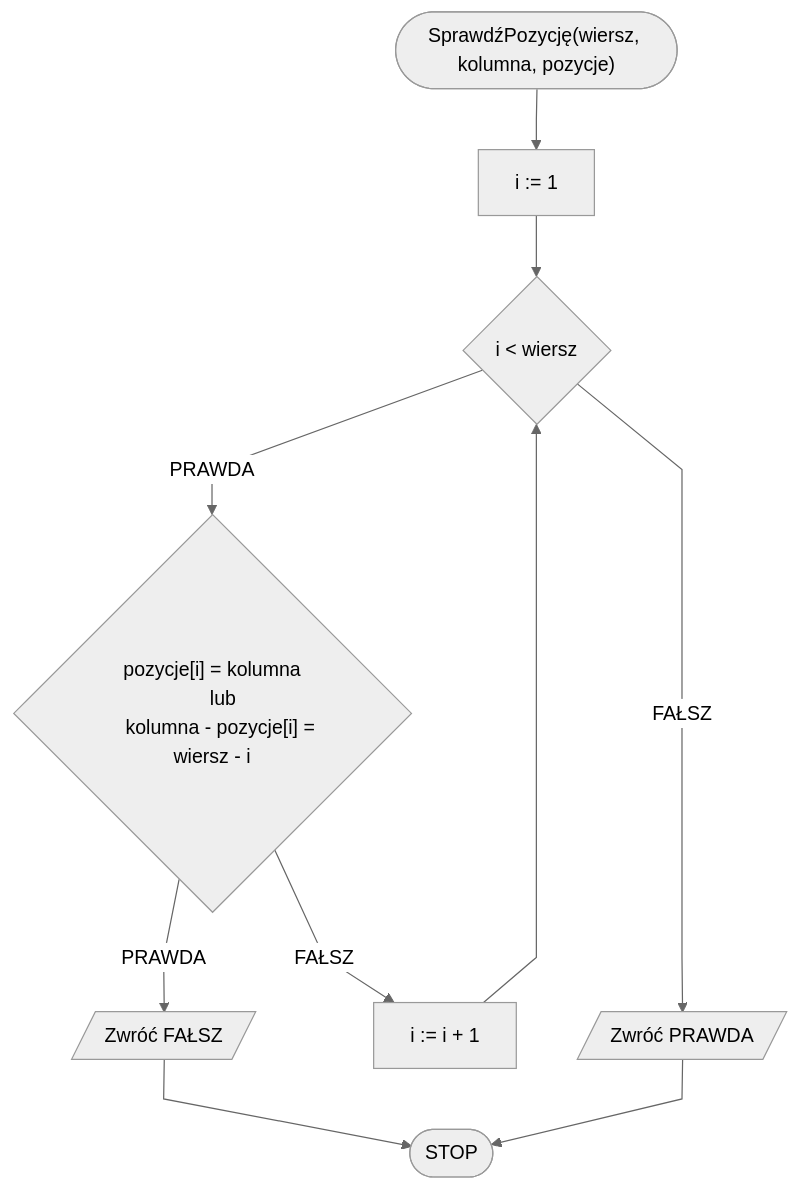
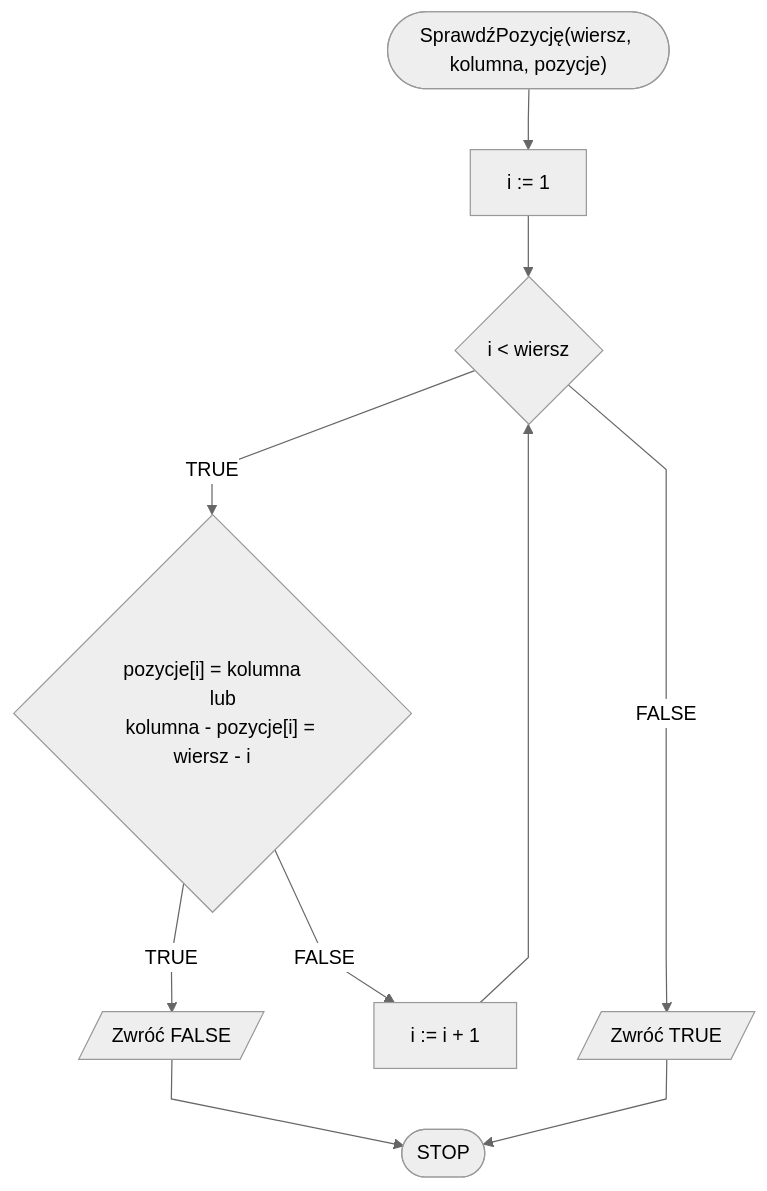
The first of 2 diagrams in docs/algorithms/backtracking/n-queens.md (blackbat13/edu-cs-htiew-en), drawn with Mermaid before and after one commit. The commit also changed other lines of this file and 682 other files, not shown here.

````diff
--- a/docs/algorithms/backtracking/n-queens.md
+++ b/docs/algorithms/backtracking/n-queens.md
@@ -87,15 +87,15 @@
 ```mermaid
 %%{init: {"flowchart": {"curve": "linear"}, "theme": "neutral"} }%%
 flowchart TD
     START(["SprawdźPozycję(wiersz, kolumna, pozycje)"]) --> K0[i := 1]
     K0 --> K1{i < wiersz}
-    K1 -- PRAWDA --> K2{"pozycje[i] = kolumna
+    K1 -- TRUE --> K2{"pozycje[i] = kolumna
     lub
     kolumna - pozycje[i] = wiersz - i"}
-    K2 -- PRAWDA --> K3[/Zwróć FAŁSZ/]
-    K2 -- FAŁSZ --> K1i[i := i + 1]
+    K2 -- TRUE --> K3[/Zwróć FALSE/]
+    K2 -- FALSE --> K1i[i := i + 1]
     K1i --> K1
-    K1 -- FAŁSZ --> K4[/Zwróć PRAWDA/]
+    K1 -- FALSE --> K4[/Zwróć TRUE/]
     K3 --> STOP([STOP])
     K4 --> STOP
 ```
````
